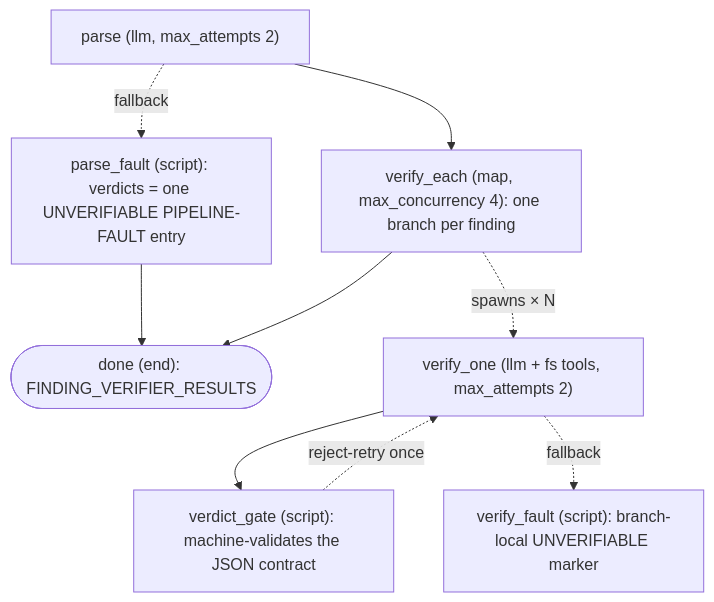
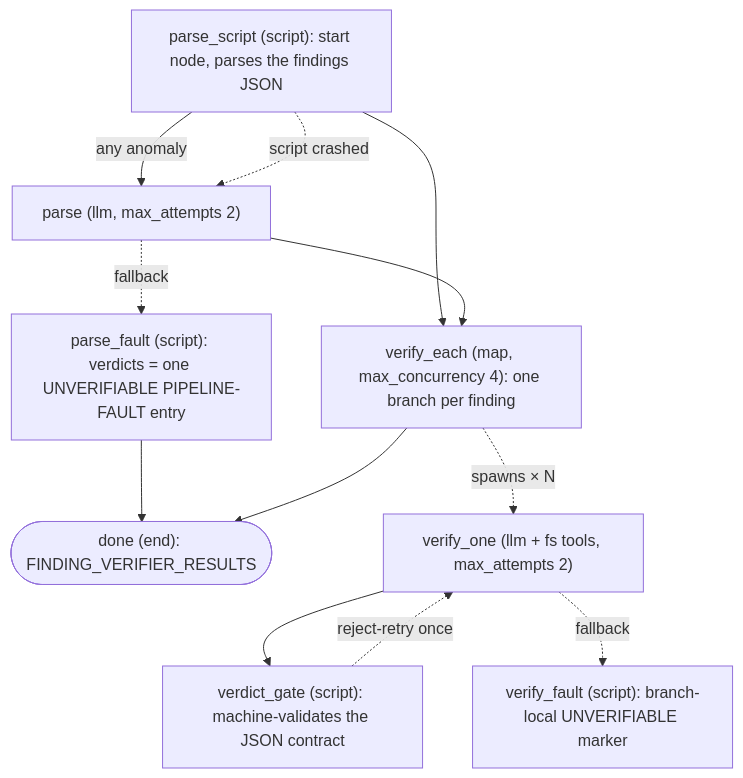
Before and after one commit to Dark-Alex-17/coyote: the diagram in assets/agents/finding-verifier/README.md, drawn with Mermaid. The commit also changed other lines of this file and 13 other files, not shown here.

Commit message:
docs(TASK-331): agent prose and config follow-ups: variable lists, engineer render and handoff path, step-runner fault scope, finding-verifier start node, sisyphus base and batch guards

````diff
--- a/assets/agents/finding-verifier/README.md
+++ b/assets/agents/finding-verifier/README.md
@@ -10,11 +10,14 @@
 ```mermaid
 flowchart TD
-    A["parse (llm, max_attempts 2)"] --> B["verify_each (map, max_concurrency 4): one branch per finding"]
+    S["parse_script (script): start node, parses the findings JSON"] --> B["verify_each (map, max_concurrency 4): one branch per finding"]
+    S -->|"any anomaly"| A["parse (llm, max_attempts 2)"]
+    S -. "script crashed" .-> A
+    A --> B
     A -. "fallback" .-> PF["parse_fault (script): verdicts = one UNVERIFIABLE PIPELINE-FAULT entry"]
     PF --> D
     B -. "spawns × N" .-> C["verify_one (llm + fs tools, max_attempts 2)"]
     C --> G["verdict_gate (script): machine-validates the JSON contract"]
     G -. "reject-retry once" .-> C
     C -. "fallback" .-> VF["verify_fault (script): branch-local UNVERIFIABLE marker"]
     B --> D(["done (end): FINDING_VERIFIER_RESULTS"])
 ```
````
